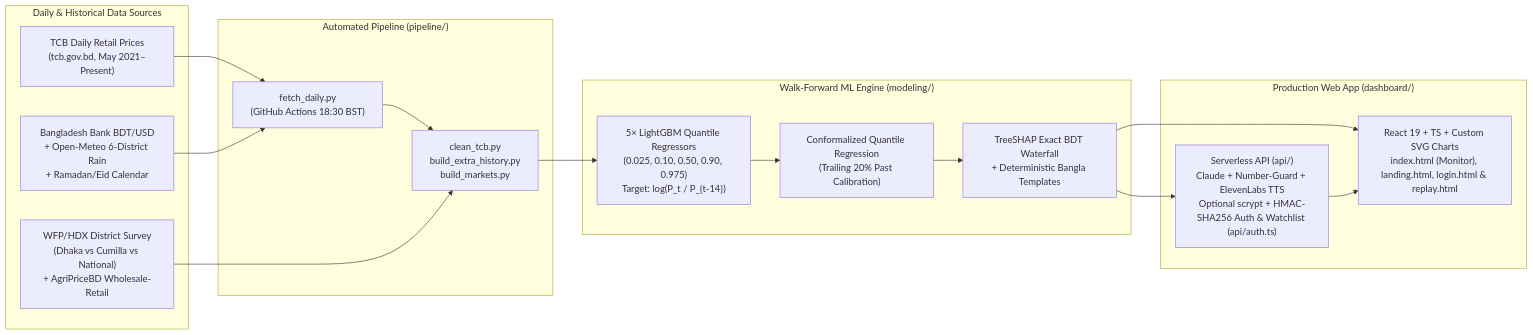
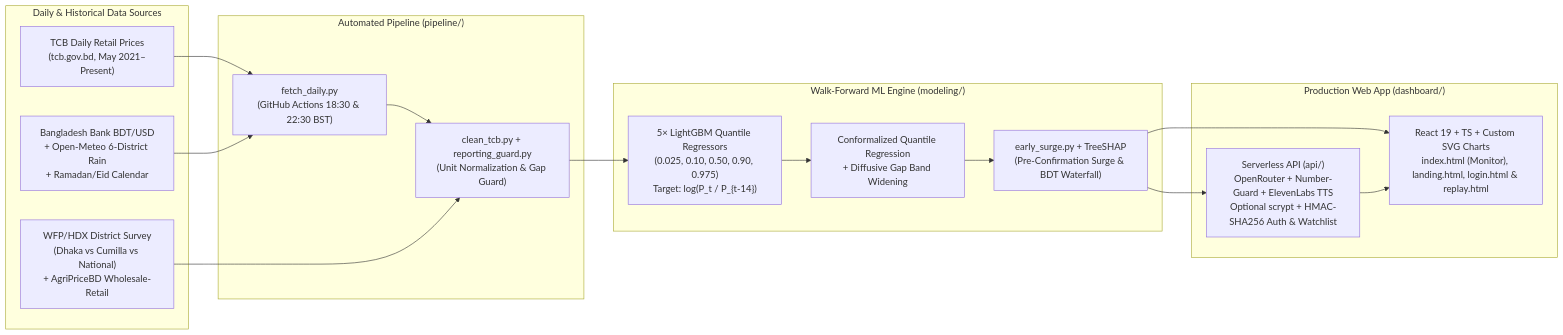
Before and after one commit to M-U-Rony/cou_hackathon: the diagram in README.md, drawn with Mermaid. The commit also changed other lines of this file and 22 other files, not shown here.

Commit message:
feat: add pre-confirmation early surge detector and missing/unit reporting guard

````diff
--- a/README.md
+++ b/README.md
@@ -14,30 +14,30 @@
 ```mermaid
 flowchart LR
     subgraph Sources["Daily & Historical Data Sources"]
         TCB["TCB Daily Retail Prices\n(tcb.gov.bd, May 2021–Present)"]
         EXT["Bangladesh Bank BDT/USD\n+ Open-Meteo 6-District Rain\n+ Ramadan/Eid Calendar"]
         MKT["WFP/HDX District Survey\n(Dhaka vs Cumilla vs National)\n+ AgriPriceBD Wholesale-Retail"]
     end
 
     subgraph Pipeline["Automated Pipeline (pipeline/)"]
-        FETCH["fetch_daily.py\n(GitHub Actions 18:30 BST)"]
-        CLEAN["clean_tcb.py\nbuild_extra_history.py\nbuild_markets.py"]
+        FETCH["fetch_daily.py\n(GitHub Actions 18:30 & 22:30 BST)"]
+        CLEAN["clean_tcb.py + reporting_guard.py\n(Unit Normalization & Gap Guard)"]
     end
 
     subgraph ML["Walk-Forward ML Engine (modeling/)"]
         LGBM["5× LightGBM Quantile Regressors\n(0.025, 0.10, 0.50, 0.90, 0.975)\nTarget: log(P_t / P_{t-14})"]
-        CQR["Conformalized Quantile Regression\n(Trailing 20% Past Calibration)"]
-        SHAP["TreeSHAP Exact BDT Waterfall\n+ Deterministic Bangla Templates"]
+        CQR["Conformalized Quantile Regression\n+ Diffusive Gap Band Widening"]
+        SURGE["early_surge.py + TreeSHAP\n(Pre-Confirmation Surge & BDT Waterfall)"]
     end
 
     subgraph App["Production Web App (dashboard/)"]
         UI["React 19 + TS + Custom SVG Charts\nindex.html (Monitor), landing.html, login.html & replay.html"]
-        GUARD["Serverless API (api/)\nClaude + Number-Guard + ElevenLabs TTS\nOptional scrypt + HMAC-SHA256 Auth & Watchlist (api/auth.ts)"]
+        GUARD["Serverless API (api/)\nOpenRouter + Number-Guard + ElevenLabs TTS\nOptional scrypt + HMAC-SHA256 Auth & Watchlist"]
     end
 
     TCB --> FETCH --> CLEAN
     EXT --> FETCH
     MKT --> CLEAN
-    CLEAN --> LGBM --> CQR --> SHAP --> UI
-    SHAP --> GUARD --> UI
+    CLEAN --> LGBM --> CQR --> SURGE --> UI
+    SURGE --> GUARD --> UI
 ```
````
